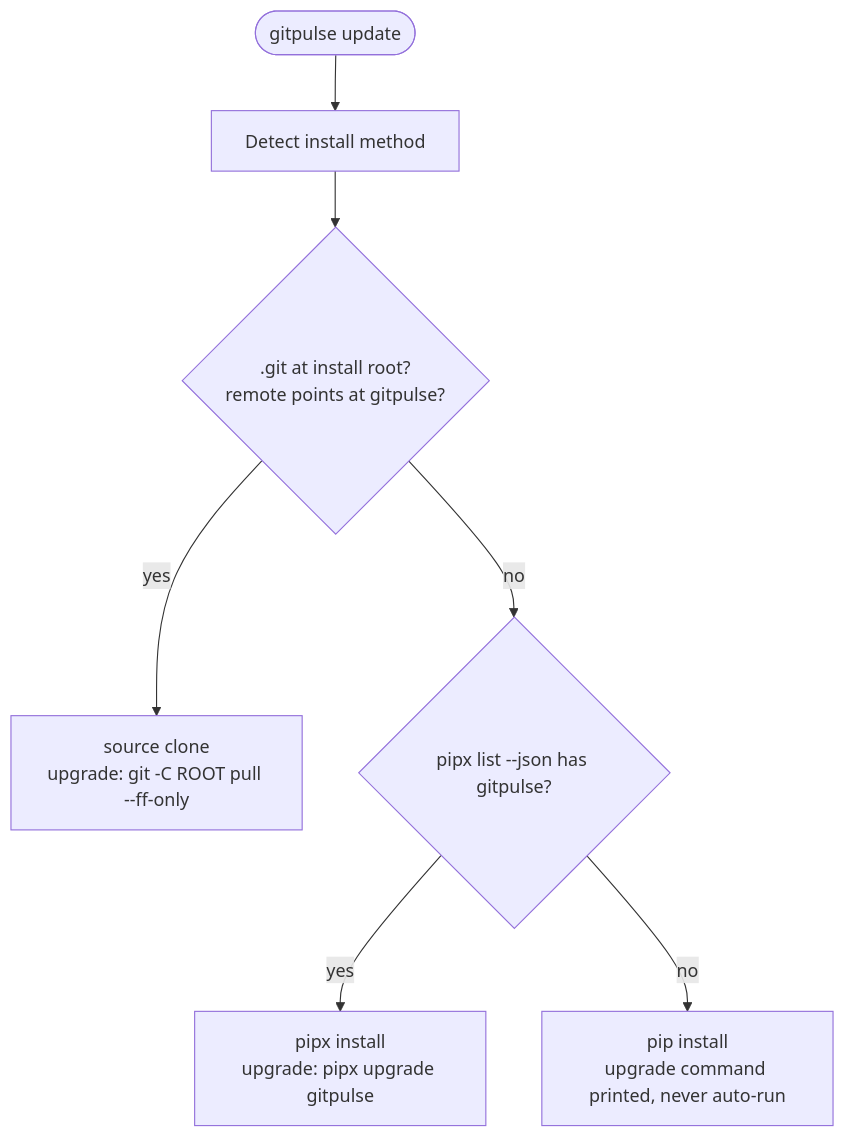
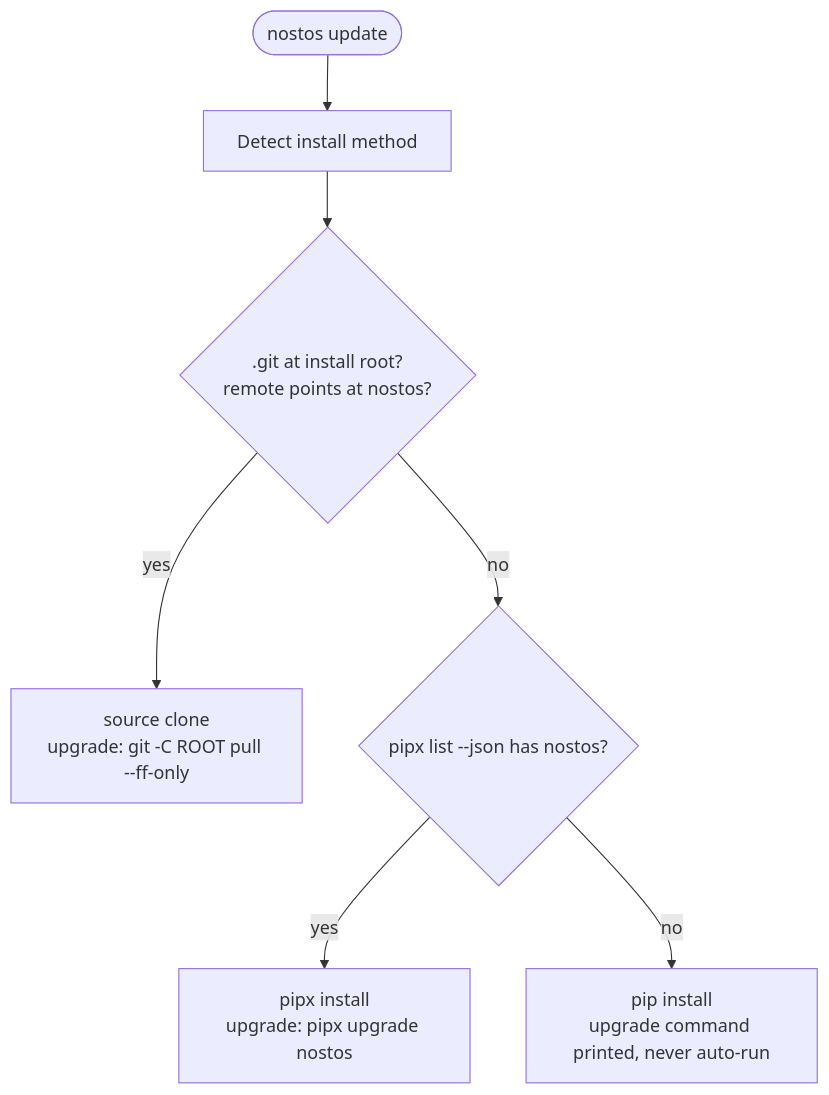
One commit to prodrom3/gitpulse changed the third of 6 diagrams in README.md. Above: the diagram before and after it, drawn with Mermaid. The commit also changed other lines of this file and 63 other files, not shown here.

First line of the commit message:
Rename gitpulse -> nostos (v1.0.0)

````diff
--- a/README.md
+++ b/README.md
@@ -818,9 +818,9 @@
 ```mermaid
 flowchart TD
-    start([gitpulse update]) --> detect[Detect install method]
-    detect --> src{.git at install root?<br/>remote points at gitpulse?}
+    start([nostos update]) --> detect[Detect install method]
+    detect --> src{.git at install root?<br/>remote points at nostos?}
     src -->|yes| source[source clone<br/>upgrade: git -C ROOT pull --ff-only]
-    src -->|no| pipx{pipx list --json has gitpulse?}
-    pipx -->|yes| pipxm[pipx install<br/>upgrade: pipx upgrade gitpulse]
+    src -->|no| pipx{pipx list --json has nostos?}
+    pipx -->|yes| pipxm[pipx install<br/>upgrade: pipx upgrade nostos]
     pipx -->|no| pip[pip install<br/>upgrade command printed, never auto-run]
 ```
````
